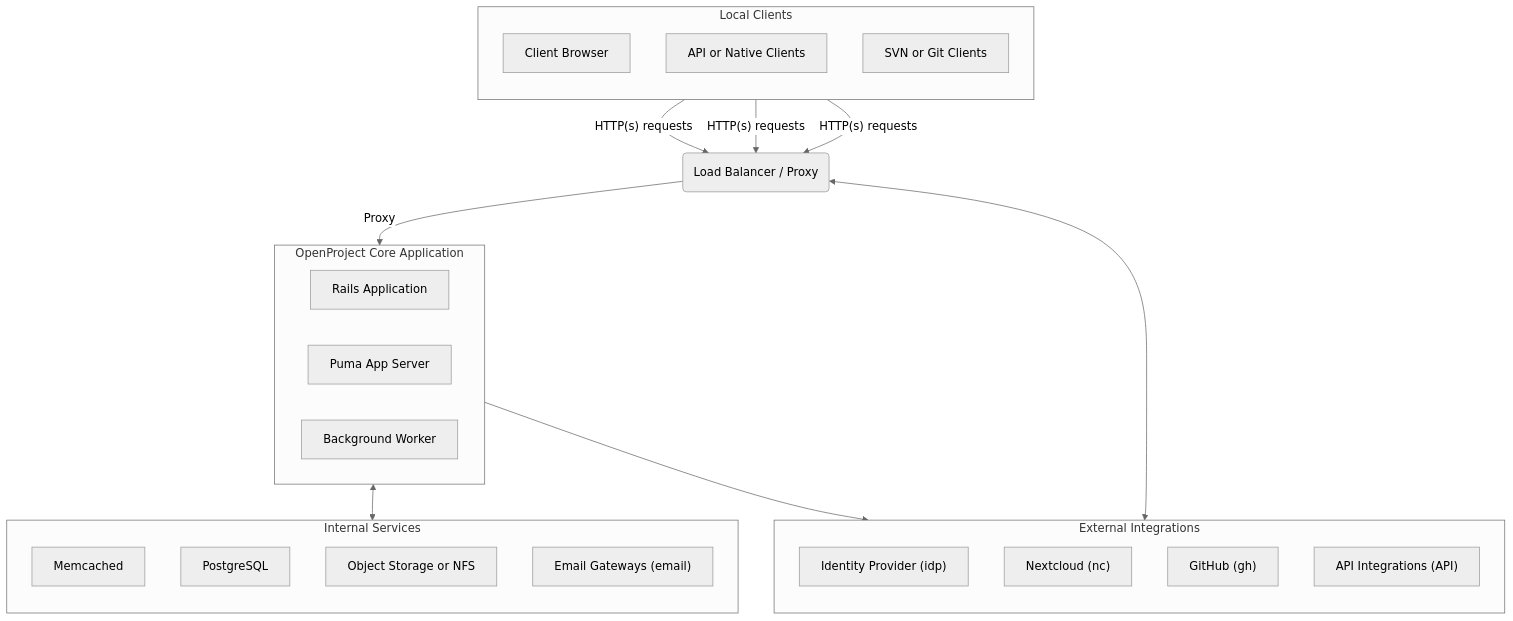
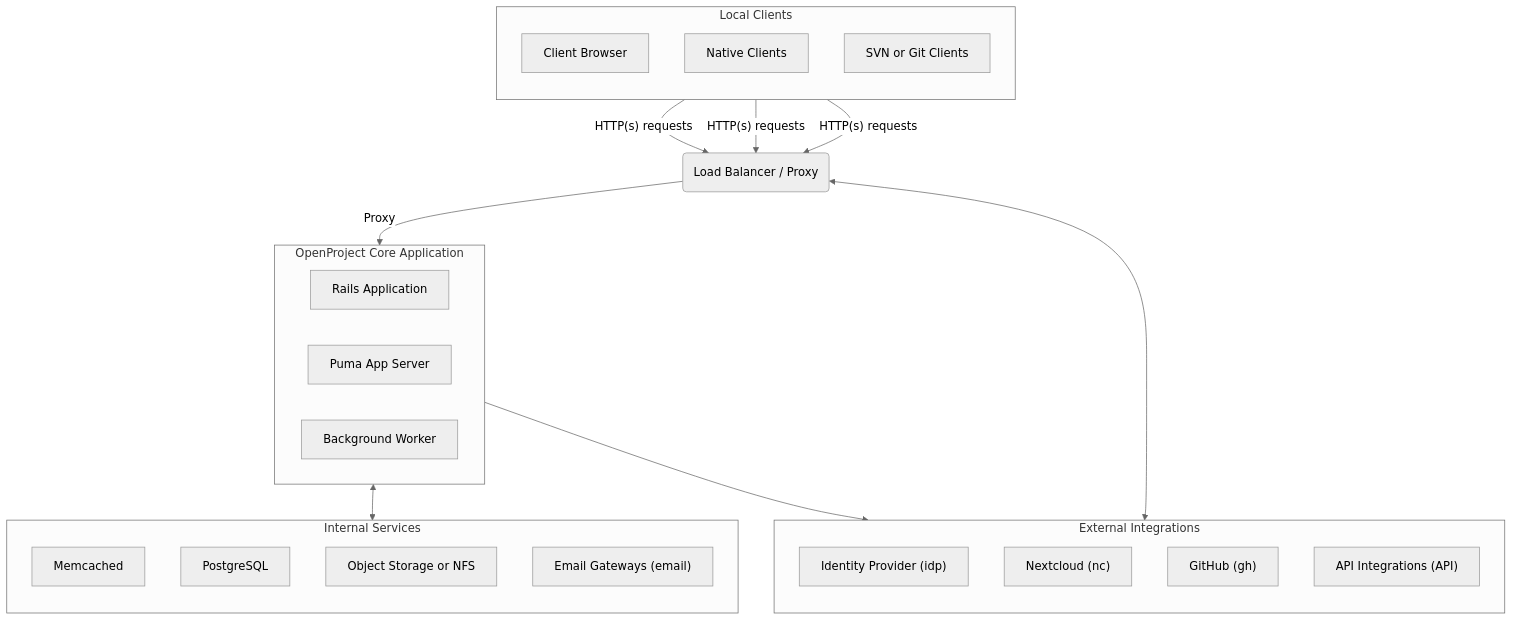
The first of 6 diagrams in docs/development/data-flow/README.md (opf/openproject), drawn with Mermaid before and after one commit. The commit also changed other lines of this file, not shown here.

````diff
--- a/docs/development/data-flow/README.md
+++ b/docs/development/data-flow/README.md
@@ -126,53 +126,53 @@
 ```mermaid
 %%{init: {'theme':'neutral'}}%%
 
 flowchart TD
   browser[Client Browser] -->|"HTTP(s) requests"| loadbalancer(Load Balancer / Proxy)
-  A1[API or Native Clients] -->|"HTTP(s) requests"| loadbalancer
+  A1[Native Clients] -->|"HTTP(s) requests"| loadbalancer
   A2[SVN or Git Clients] -->|"HTTP(s) requests"| loadbalancer
   loadbalancer -->|Proxy| openproject
   
   subgraph openproject[OpenProject Core Application]
     openprojectrailsapp[Rails Application]
     C[Puma App Server]
     D[Background Worker]
   end
 
 
   subgraph integrations[External Integrations]
   direction TB
     idp["Identity Provider (idp)"]
     N["Nextcloud (nc)"]
     GitHub["GitHub (gh)"]
   	O["API Integrations (API)"]
  
 end
 
   subgraph services[Internal Services]
   direction TB
   	M[Memcached]
 	  P[PostgreSQL]
 	  S[Object Storage or NFS]
 	  email["Email Gateways (email)"]
   end
 
 
   openproject <--> services
   openproject --> integrations
   loadbalancer <--> integrations
   
   subgraph localclients[Local Clients]
   direction TB
 	browser
 	A1
 	A2
 	
 	
 	
 	
 end
 
   
   
 
 ```
````
